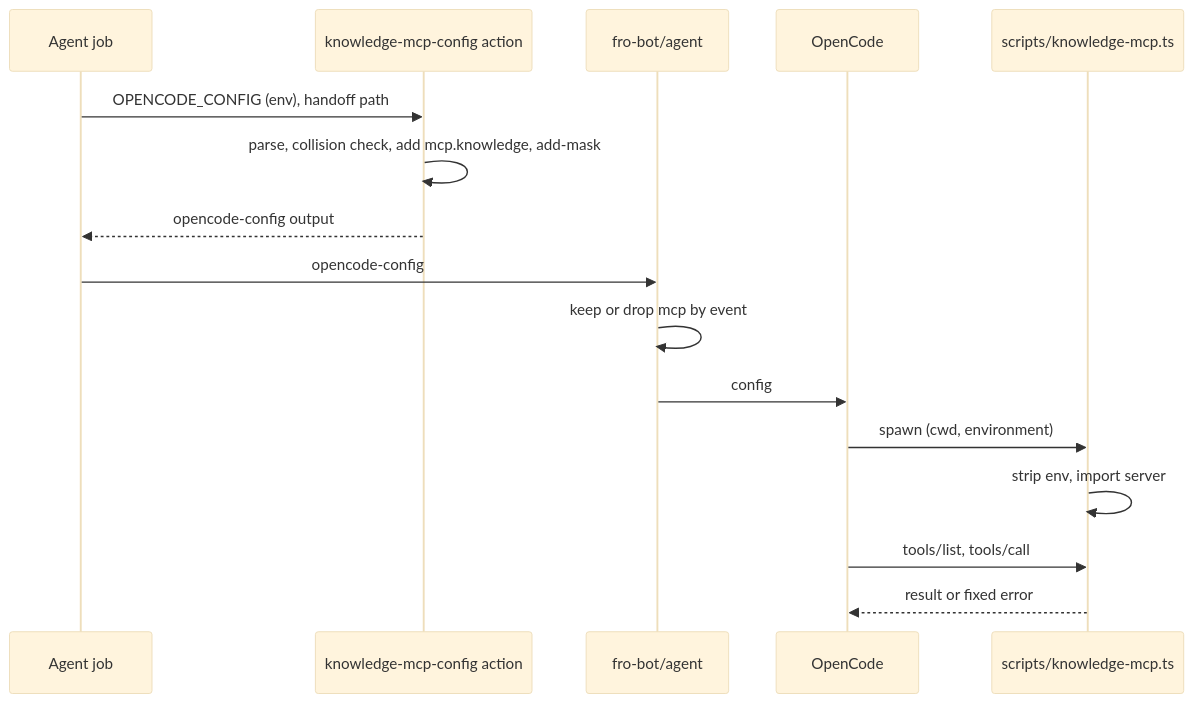
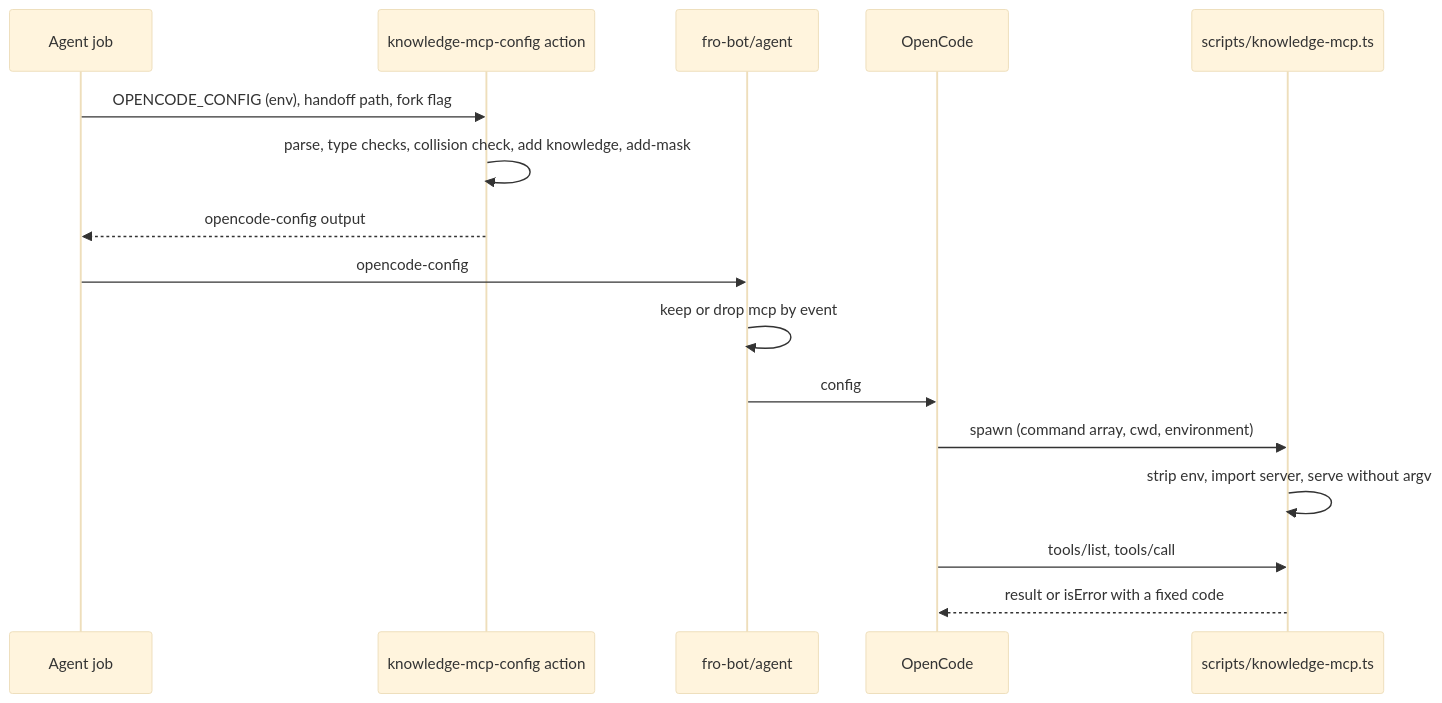
One commit to fro-bot/.github changed the diagram in docs/plans/2026-11-06-001-feat-agent-knowledge-mcp-tools-plan.md. Above: the diagram before and after it, drawn with Mermaid (base theme). The commit also changed other lines of this file and 1 other file, not shown here.

Commit message:
docs(plan): fold plan review into the knowledge MCP tools plan

````diff
--- a/docs/plans/2026-11-06-001-feat-agent-knowledge-mcp-tools-plan.md
+++ b/docs/plans/2026-11-06-001-feat-agent-knowledge-mcp-tools-plan.md
@@ -173,18 +182,18 @@
 ```mermaid
 sequenceDiagram
   participant WF as Agent job
   participant CA as knowledge-mcp-config action
   participant AG as fro-bot/agent
   participant OC as OpenCode
   participant S as scripts/knowledge-mcp.ts
-  WF->>CA: OPENCODE_CONFIG (env), handoff path
-  CA->>CA: parse, collision check, add mcp.knowledge, add-mask
+  WF->>CA: OPENCODE_CONFIG (env), handoff path, fork flag
+  CA->>CA: parse, type checks, collision check, add knowledge, add-mask
   CA-->>WF: opencode-config output
   WF->>AG: opencode-config
   AG->>AG: keep or drop mcp by event
   AG->>OC: config
-  OC->>S: spawn (cwd, environment)
-  S->>S: strip env, import server
+  OC->>S: spawn (command array, cwd, environment)
+  S->>S: strip env, import server, serve without argv
   OC->>S: tools/list, tools/call
-  S-->>OC: result or fixed error
+  S-->>OC: result or isError with a fixed code
 ```
````
